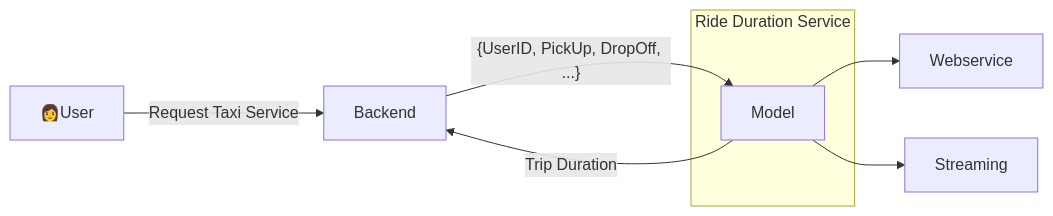
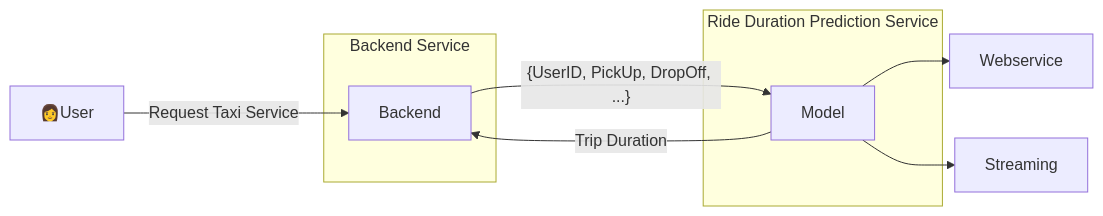
One commit to mossdet/mlops-dlp changed the second of 3 diagrams in week04/README.md. Above: the diagram before and after it, drawn with Mermaid. The commit also changed other lines of this file, not shown here.

````diff
--- a/week04/README.md
+++ b/week04/README.md
@@ -27,15 +28,19 @@
 ```mermaid
 graph LR
     classDef sub opacity:0
     classDef note fill:#ffd, stroke:#ccb
 
     User[👩User]--> |Request Taxi Service| Backend[Backend]
     Backend--> |"{UserID, PickUp, DropOff, ...}"| Model["Model"]
     Model--> |"Trip Duration"| Backend
     Model--> WebService[Webservice]
     Model--> Streaming[Streaming]
 
-    subgraph subRideDurationService ["Ride Duration Service "]
+    subgraph subBackendService ["Backend Service "]
+        Backend
+    end
+
+    subgraph subRideDurationService ["Ride Duration Prediction Service"]
         Model
     end
 ```
````
